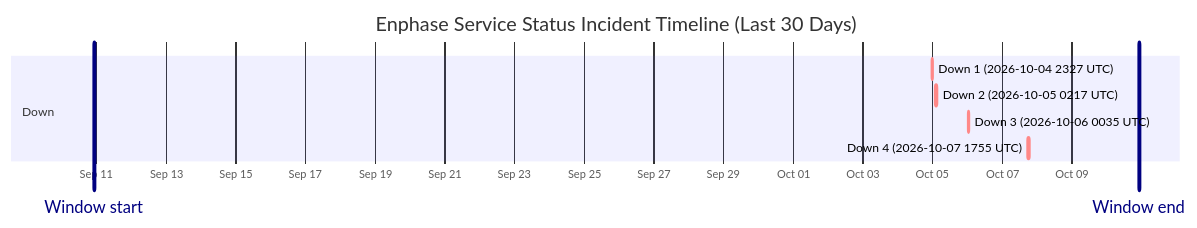
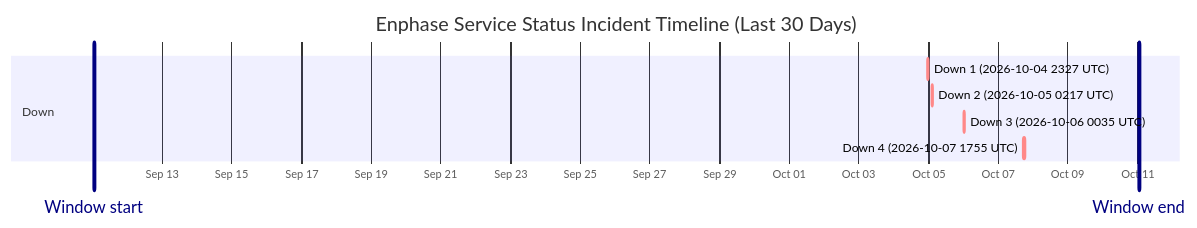
The diagram in wiki/Service-Status-History.md (barneyonline/ha-enphase-energy), drawn with Mermaid before and after one commit. The commit also changed other lines of this file and 3 other files, not shown here.

````diff
--- a/wiki/Service-Status-History.md
+++ b/wiki/Service-Status-History.md
@@ -14,13 +14,13 @@
 ```mermaid
 gantt
     title Enphase Service Status Incident Timeline (Last 30 Days)
     dateFormat  YYYY-MM-DDTHH:mm:ss
     axisFormat  %b %d
-    Window start :vert, window-start, 2026-09-10T22:13:08, 0ms
-    Window end :vert, window-end, 2026-10-10T22:13:08, 0ms
+    Window start :vert, window-start, 2026-09-11T01:07:37, 0ms
+    Window end :vert, window-end, 2026-10-11T01:07:37, 0ms
     section Down
     Down 1 (2026-10-04 2327 UTC) :crit, down-1, 2026-10-04T23:27:34, 60m
     Down 2 (2026-10-05 0217 UTC) :crit, down-2, 2026-10-05T02:17:30, 60m
     Down 3 (2026-10-06 0035 UTC) :crit, down-3, 2026-10-06T00:35:21, 60m
     Down 4 (2026-10-07 1755 UTC) :crit, down-4, 2026-10-07T17:55:16, 60m
 ```
````
